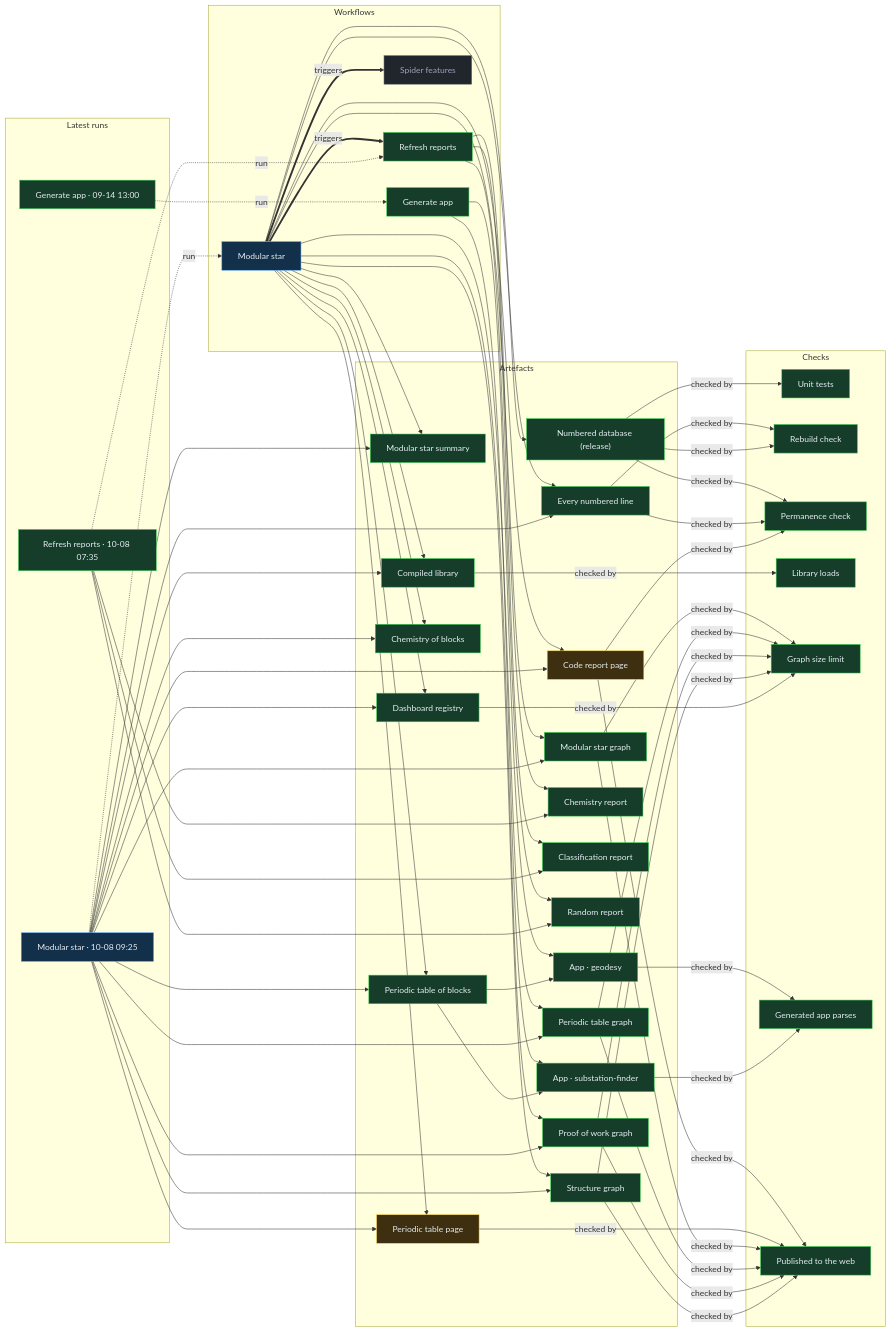
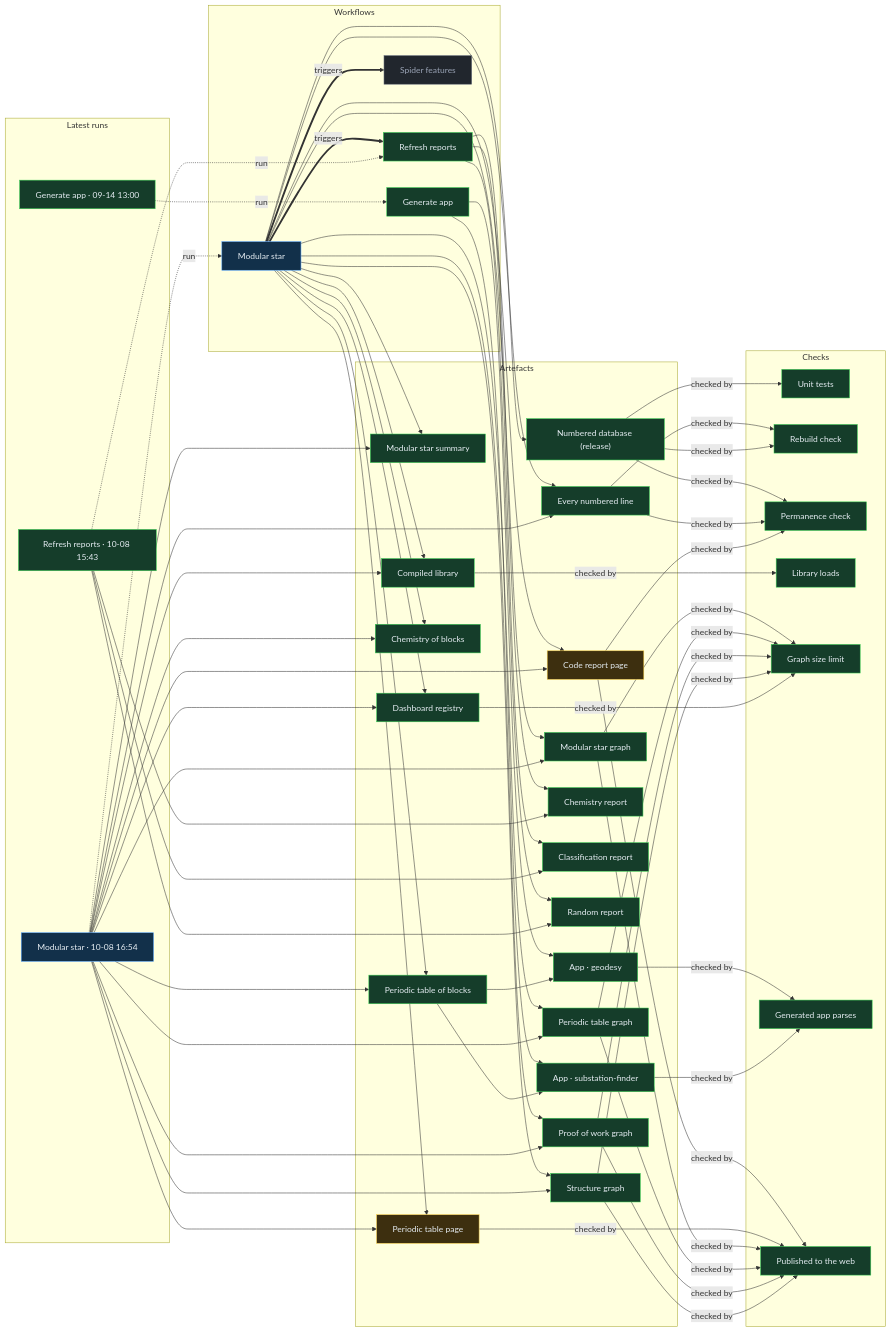
Before and after one commit to Ventusltd/stars: the diagram in proof/PROOF.md, drawn with Mermaid. The commit also changed other lines of this file and 44 other files, not shown here.

Commit message:
Modular star 2026-10-08T16:56Z

```diff
--- a/proof/PROOF.md
+++ b/proof/PROOF.md
@@ -24,8 +24,8 @@
   n_wf_spider_features["Spider features"]:::off
   end
   subgraph g_runs["Latest runs"]
-  n_run_37756571149["Modular star · 10-08 09:25"]:::live
-  n_run_37744332025["Refresh reports · 10-08 07:35"]:::ok
+  n_run_37812383206["Modular star · 10-08 16:54"]:::live
+  n_run_37803147389["Refresh reports · 10-08 15:43"]:::ok
   n_run_34846587798["Generate app · 09-14 13:00"]:::ok
   end
   subgraph g_artefacts["Artefacts"]
@@ -59,39 +59,39 @@
   end
   n_wf_modular_star == triggers ==> n_wf_refresh
   n_wf_modular_star == triggers ==> n_wf_spider_features
-  n_run_37756571149 -. run .-> n_wf_modular_star
-  n_run_37744332025 -. run .-> n_wf_refresh
+  n_run_37812383206 -. run .-> n_wf_modular_star
+  n_run_37803147389 -. run .-> n_wf_refresh
   n_run_34846587798 -. run .-> n_wf_generate
   n_wf_modular_star --> n_art_summary
-  n_run_37756571149 --> n_art_summary
+  n_run_37812383206 --> n_art_summary
   n_wf_modular_star --> n_art_lines
-  n_run_37756571149 --> n_art_lines
+  n_run_37812383206 --> n_art_lines
   n_wf_modular_star --> n_art_code
-  n_run_37756571149 --> n_art_code
+  n_run_37812383206 --> n_art_code
   n_wf_modular_star --> n_art_modular_graph
-  n_run_37756571149 --> n_art_modular_graph
+  n_run_37812383206 --> n_art_modular_graph
   n_wf_modular_star --> n_art_blocks
-  n_run_37756571149 --> n_art_blocks
+  n_run_37812383206 --> n_art_blocks
   n_wf_modular_star --> n_art_table
-  n_run_37756571149 --> n_art_table
+  n_run_37812383206 --> n_art_table
   n_wf_modular_star --> n_art_blocks_graph
-  n_run_37756571149 --> n_art_blocks_graph
+  n_run_37812383206 --> n_art_blocks_graph
   n_wf_modular_star --> n_art_reactions
-  n_run_37756571149 --> n_art_reactions
+  n_run_37812383206 --> n_art_reactions
   n_wf_modular_star --> n_art_library
-  n_run_37756571149 --> n_art_library
+  n_run_37812383206 --> n_art_library
   n_wf_modular_star --> n_art_features
-  n_run_37756571149 --> n_art_features
+  n_run_37812383206 --> n_art_features
   n_wf_modular_star --> n_art_proof
-  n_run_37756571149 --> n_art_proof
+  n_run_37812383206 --> n_art_proof
   n_wf_modular_star --> n_art_structure
-  n_run_37756571149 --> n_art_structure
+  n_run_37812383206 --> n_art_structure
   n_wf_refresh --> n_art_chemistry
-  n_run_37744332025 --> n_art_chemistry
+  n_run_37803147389 --> n_art_chemistry
   n_wf_refresh --> n_art_vedic
-  n_run_37744332025 --> n_art_vedic
+  n_run_37803147389 --> n_art_vedic
   n_wf_refresh --> n_art_random
-  n_run_37744332025 --> n_art_random
+  n_run_37803147389 --> n_art_random
   n_wf_modular_star --> n_art_release
   n_wf_generate --> n_app_geodesy
   n_art_blocks --> n_app_geodesy
```
